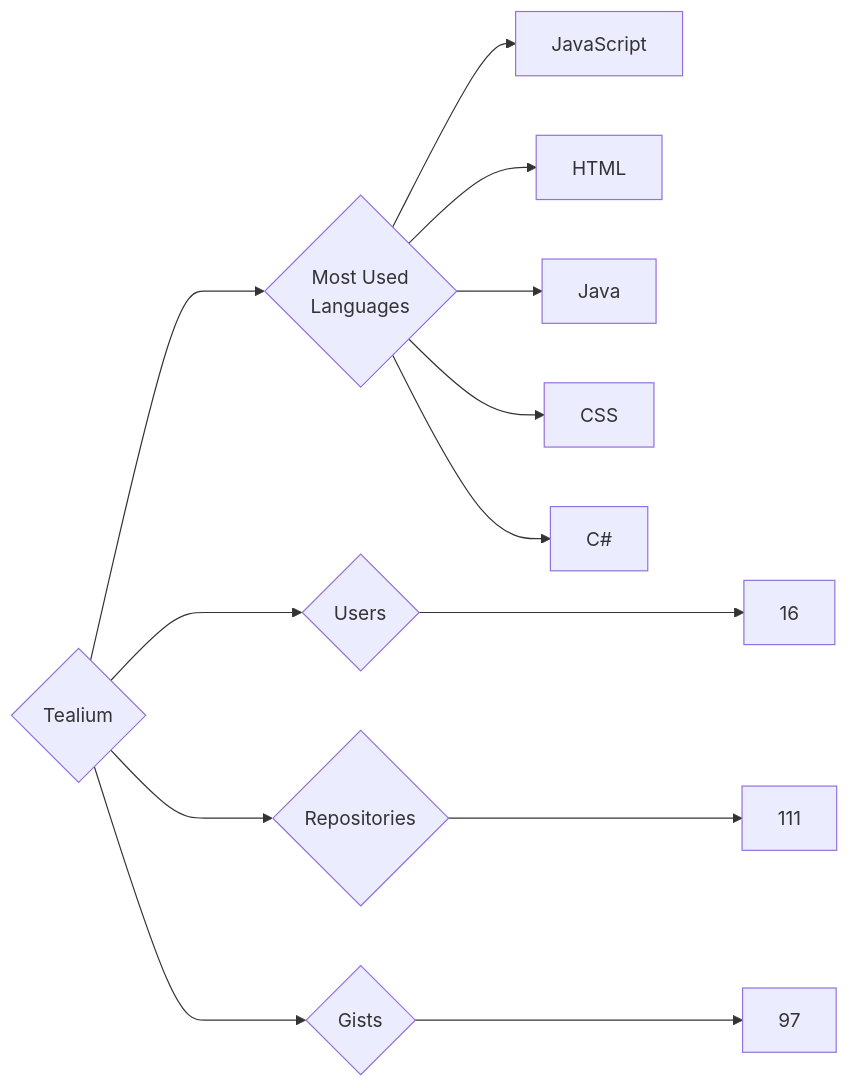
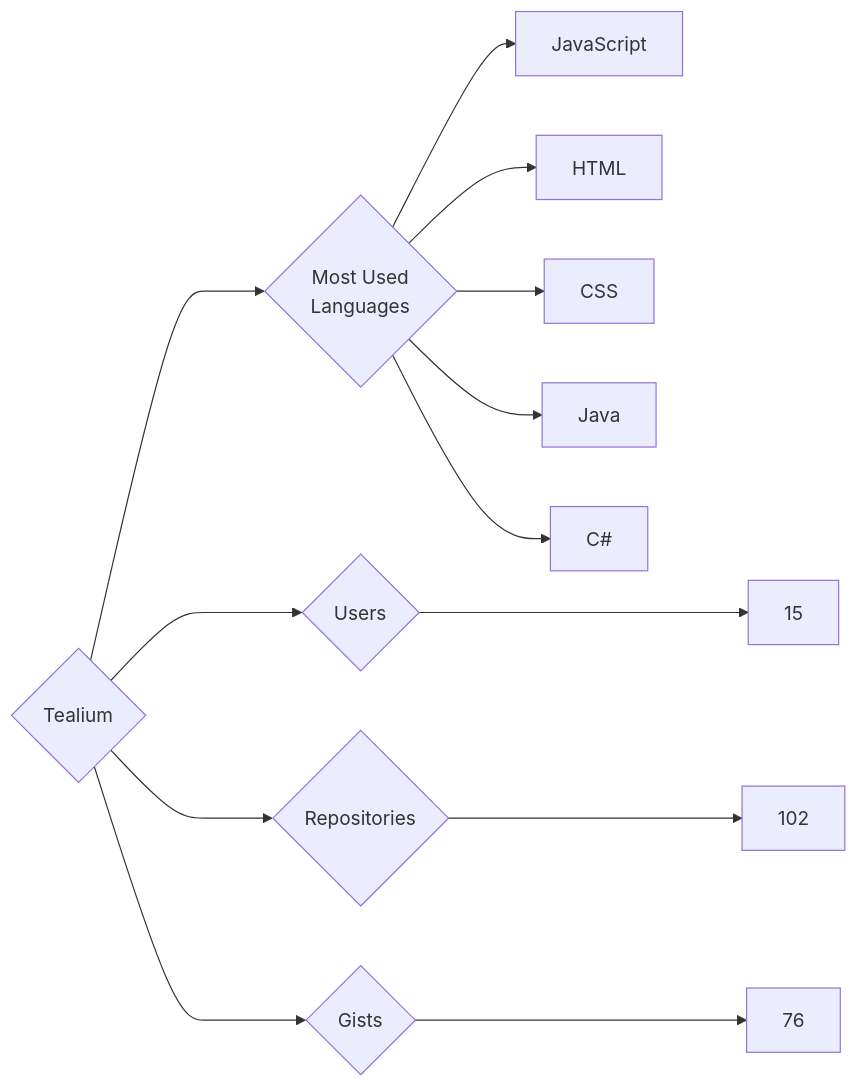
One commit to trickest/insiders changed the diagram in targets/Tealium/README.md. Above: the diagram before and after it, drawn with Mermaid. The commit also changed 878 other files, not shown here.

````diff
--- a/targets/Tealium/README.md
+++ b/targets/Tealium/README.md
@@ -3,13 +3,13 @@
 ```mermaid
 graph LR
 COMPANY_NAME{Tealium}
-COMPANY_NAME ---> U{Users} ---> UN[16]
-COMPANY_NAME ---> R{Repositories} ---> RN[111]
-COMPANY_NAME ---> G{Gists} ---> GN[97]
+COMPANY_NAME ---> U{Users} ---> UN[15]
+COMPANY_NAME ---> R{Repositories} ---> RN[102]
+COMPANY_NAME ---> G{Gists} ---> GN[76]
 COMPANY_NAME ---> ML{Most Used<br>Languages}
 ML --> JavaScript[JavaScript]
 ML --> HTML[HTML]
+ML --> CSS[CSS]
 ML --> Java[Java]
-ML --> CSS[CSS]
 ML --> C#[C#]
 ```
````
